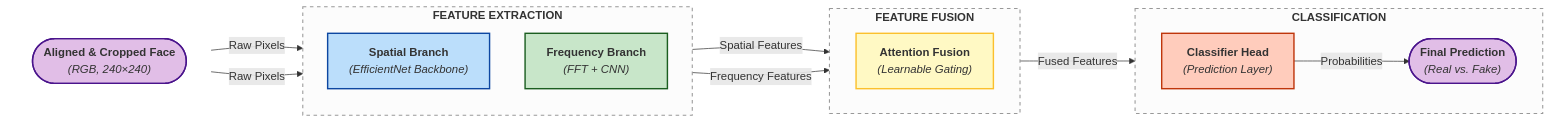
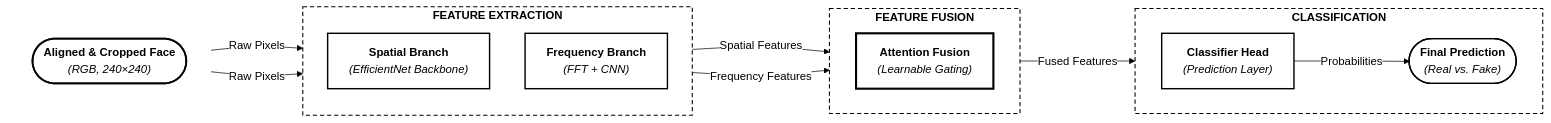
The diagram in README.md (hugo-tng/deepfake-image-detector), drawn with Mermaid before and after one commit.

````diff
--- a/README.md
+++ b/README.md
@@ -29,56 +29,66 @@
 ```mermaid
 ---
 config:
   layout: dagre
+  theme: base
   themeVariables:
     background: "#ffffff"
+    primaryColor: "#ffffff"
+    primaryBorderColor: "#000000"
+    primaryTextColor: "#000000"
+    lineColor: "#000000"
 ---
 flowchart LR
 
 %% ===== INPUT (CENTERED) =====
 subgraph InputStage[" "]
     direction TB
-    Input(["<b>Aligned &amp; Cropped Face</b><br><i>(RGB, 240×240)</i>"])
+    Input(["<b>Aligned & Cropped Face</b><br/><i>(RGB, 240×240)</i>"])
 end
 
 %% ===== FEATURE EXTRACTION =====
 subgraph FeatureExtraction["<b>FEATURE EXTRACTION</b>"]
     direction TB
-    Spatial["<b>Spatial Branch</b><br><i>(EfficientNet Backbone)</i>"]
-    Frequency["<b>Frequency Branch</b><br><i>(FFT + CNN)</i>"]
+    Spatial["<b>Spatial Branch</b><br/><i>(EfficientNet Backbone)</i>"]
+    Frequency["<b>Frequency Branch</b><br/><i>(FFT + CNN)</i>"]
 end
 
 %% ===== FEATURE FUSION =====
 subgraph FeatureFusion["<b>FEATURE FUSION</b>"]
     direction LR
-    Fusion["<b>Attention Fusion</b><br><i>(Learnable Gating)</i>"]
+    Fusion["<b>Attention Fusion</b><br/><i>(Learnable Gating)</i>"]
 end
 
 %% ===== CLASSIFICATION =====
 subgraph Classification["<b>CLASSIFICATION</b>"]
     direction LR
-    Classifier["<b>Classifier Head</b><br><i>(Prediction Layer)</i>"]
-    Output(["<b>Final Prediction</b><br><i>(Real vs. Fake)</i>"])
+    Classifier["<b>Classifier Head</b><br/><i>(Prediction Layer)</i>"]
+    Output(["<b>Final Prediction</b><br/><i>(Real vs. Fake)</i>"])
 end
 
 %% ===== CONNECTIONS =====
 Input -- Raw Pixels --> Spatial
 Input -- Raw Pixels --> Frequency
 Spatial -- Spatial Features --> Fusion
 Frequency -- Frequency Features --> Fusion
 Fusion -- Fused Features --> Classifier
 Classifier -- Probabilities --> Output
 
-%% ===== STYLING =====
-style Input fill:#e1bee7,stroke:#4a148c,stroke-width:2px
-style Spatial fill:#bbdefb,stroke:#0d47a1,stroke-width:2px
-style Frequency fill:#c8e6c9,stroke:#1b5e20,stroke-width:2px
-style Fusion fill:#fff9c4,stroke:#fbc02d,stroke-width:2px
-style Classifier fill:#ffccbc,stroke:#bf360c,stroke-width:2px
-style Output fill:#e1bee7,stroke:#4a148c,stroke-width:2px
+%% ===== STYLING (BLACK & WHITE) =====
+style Input fill:#ffffff,stroke:#000000,stroke-width:2.5px
 
-style FeatureExtraction fill:#fcfcfc,stroke:#999,stroke-width:1.5px,stroke-dasharray:5 5
-style FeatureFusion fill:#fcfcfc,stroke:#999,stroke-width:1.5px,stroke-dasharray:5 5
-style Classification fill:#fcfcfc,stroke:#999,stroke-width:1.5px,stroke-dasharray:5 5
+style Spatial fill:#ffffff,stroke:#000000,stroke-width:2px
+style Frequency fill:#ffffff,stroke:#000000,stroke-width:2px
+
+style Fusion fill:#ffffff,stroke:#000000,stroke-width:3px
+
+style Classifier fill:#ffffff,stroke:#000000,stroke-width:2px
+style Output fill:#ffffff,stroke:#000000,stroke-width:2px
+
+style FeatureExtraction fill:#ffffff,stroke:#000000,stroke-width:1.5px,stroke-dasharray:6 4
+style FeatureFusion fill:#ffffff,stroke:#000000,stroke-width:1.5px,stroke-dasharray:6 4
+style Classification fill:#ffffff,stroke:#000000,stroke-width:1.5px,stroke-dasharray:6 4
+
 style InputStage fill:none,stroke:none
+
 ```
````
